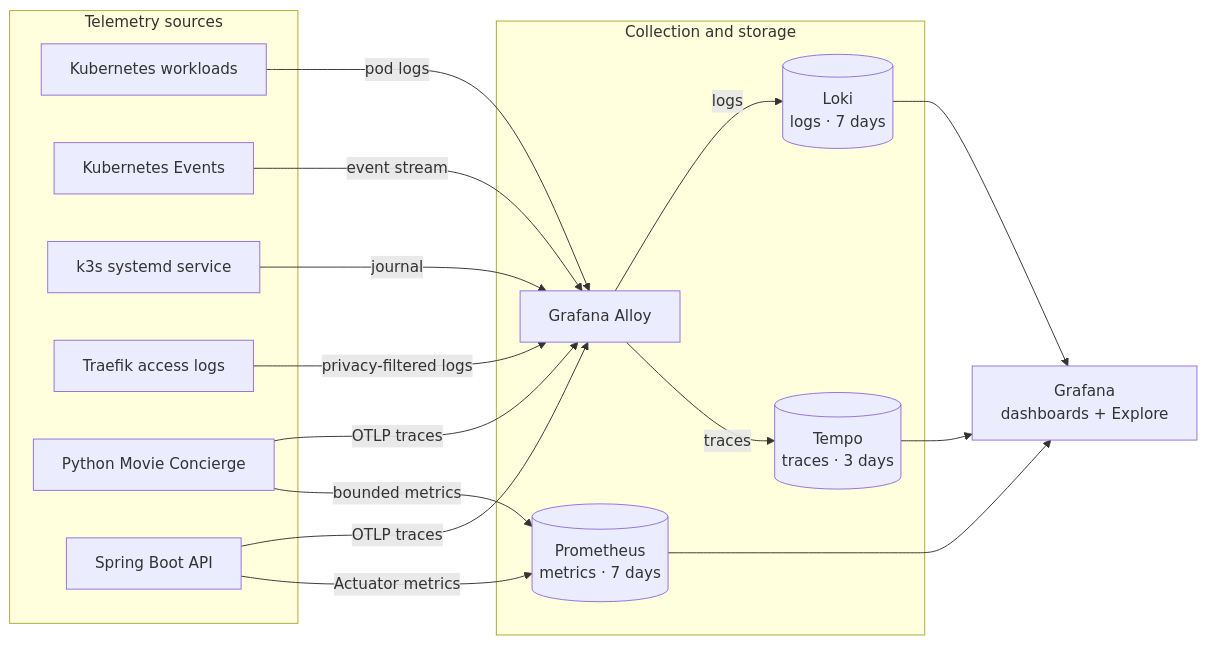
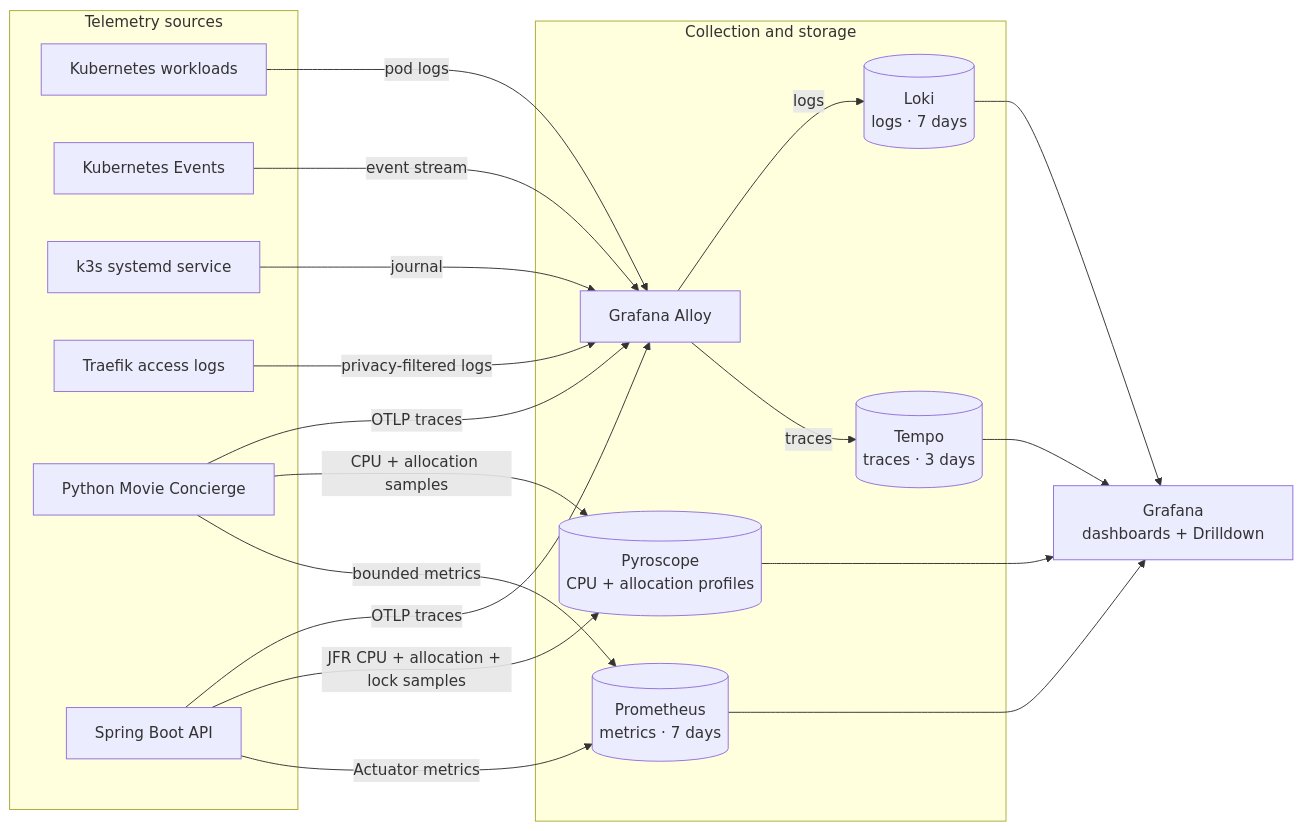
One commit to NiklasTiede/imdb-clone changed the second of 3 diagrams in README.md. Above: the diagram before and after it, drawn with Mermaid. The commit also changed other lines of this file and 31 other files, not shown here.

````diff
--- a/README.md
+++ b/README.md
@@ -129,34 +129,38 @@
 ```mermaid
 flowchart LR
   subgraph sources["Telemetry sources"]
     workloads["Kubernetes workloads"]
     events["Kubernetes Events"]
     k3s["k3s systemd service"]
     traefik["Traefik access logs"]
     agentTelemetry["Python Movie Concierge"]
     backendTelemetry["Spring Boot API"]
   end
 
   subgraph stores["Collection and storage"]
     alloy["Grafana Alloy"]
     prometheus[("Prometheus<br/>metrics · 7 days")]
     loki[("Loki<br/>logs · 7 days")]
     tempo[("Tempo<br/>traces · 3 days")]
+    pyroscope[("Pyroscope<br/>CPU + allocation profiles")]
   end
 
-  grafana["Grafana<br/>dashboards + Explore"]
+  grafana["Grafana<br/>dashboards + Drilldown"]
 
   workloads -- "pod logs" --> alloy
   events -- "event stream" --> alloy
   k3s -- "journal" --> alloy
   traefik -- "privacy-filtered logs" --> alloy
   agentTelemetry -- "OTLP traces" --> alloy
   backendTelemetry -- "OTLP traces" --> alloy
+  agentTelemetry -- "CPU + allocation samples" --> pyroscope
+  backendTelemetry -- "JFR CPU + allocation + lock samples" --> pyroscope
   alloy -- "logs" --> loki
   alloy -- "traces" --> tempo
   agentTelemetry -- "bounded metrics" --> prometheus
   backendTelemetry -- "Actuator metrics" --> prometheus
   prometheus --> grafana
   loki --> grafana
   tempo --> grafana
+  pyroscope --> grafana
 ```
````
